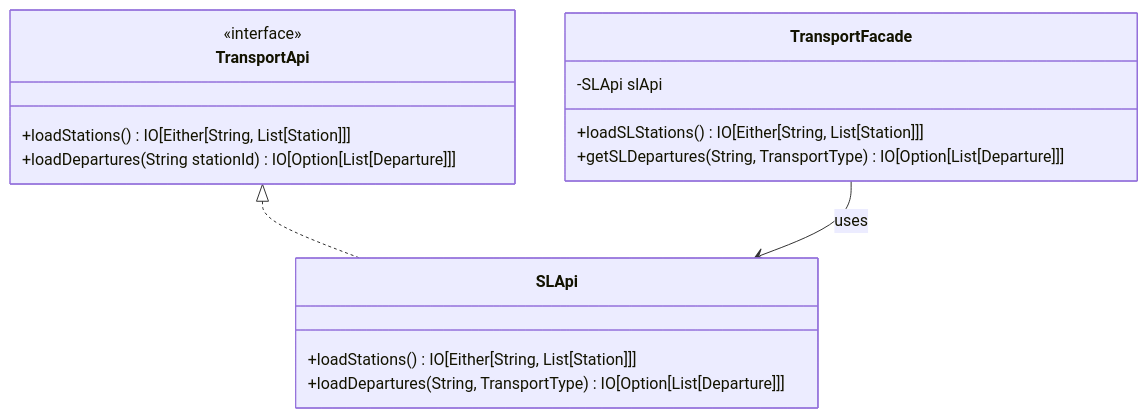
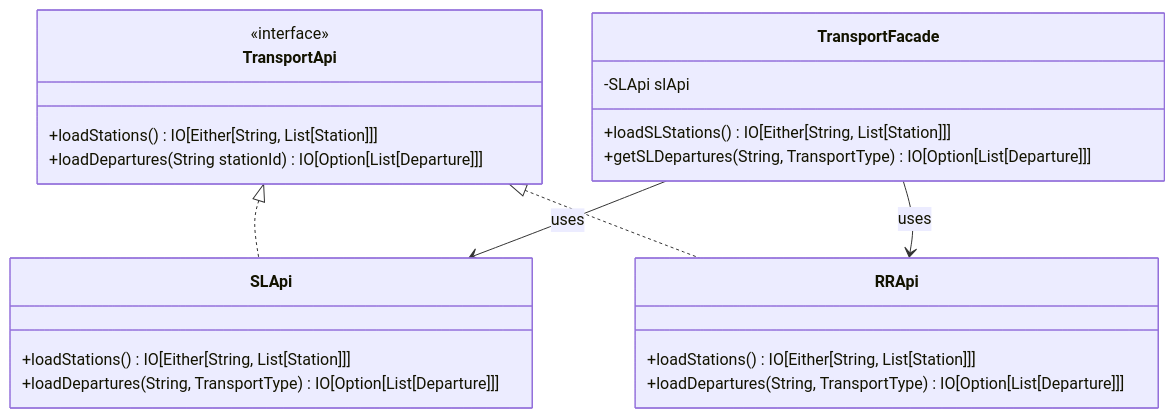
Before and after one commit to nicola-ferrarese/Tyrian-Timetable: the fifth of 6 diagrams in docs/docs/tutorial-basics/detailed_design.md, drawn with Mermaid. The commit also changed other lines of this file and 7 other files, not shown here.

````diff
--- a/docs/docs/tutorial-basics/detailed_design.md
+++ b/docs/docs/tutorial-basics/detailed_design.md
@@ -144,19 +182,25 @@
 ```mermaid
 classDiagram
     class TransportApi {
         <<interface>>
         +loadStations() IO[Either[String, List[Station]]]
         +loadDepartures(String stationId) IO[Option[List[Departure]]]
     }
     class SLApi {
         +loadStations() IO[Either[String, List[Station]]]
         +loadDepartures(String, TransportType) IO[Option[List[Departure]]]
     }
+    class RRApi {
+        +loadStations() IO[Either[String, List[Station]]]
+        +loadDepartures(String, TransportType) IO[Option[List[Departure]]]
+    }
     class TransportFacade {
         -SLApi slApi
         +loadSLStations() IO[Either[String, List[Station]]]
         +getSLDepartures(String, TransportType) IO[Option[List[Departure]]]
     }
     TransportApi <|.. SLApi
+    TransportApi <|.. RRApi
     TransportFacade --> SLApi : uses
+    TransportFacade --> RRApi : uses
 ```
````
